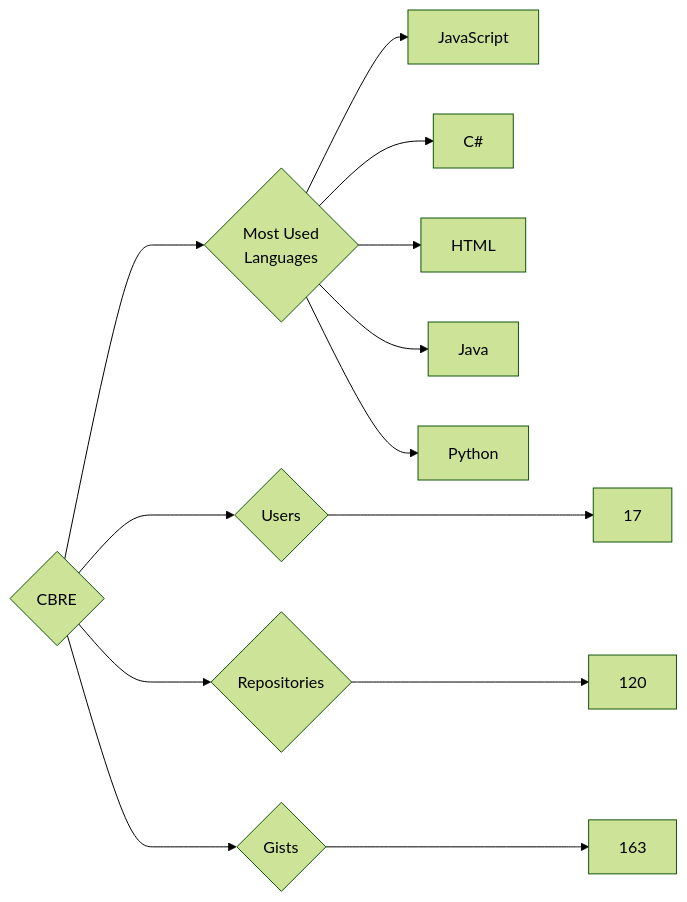
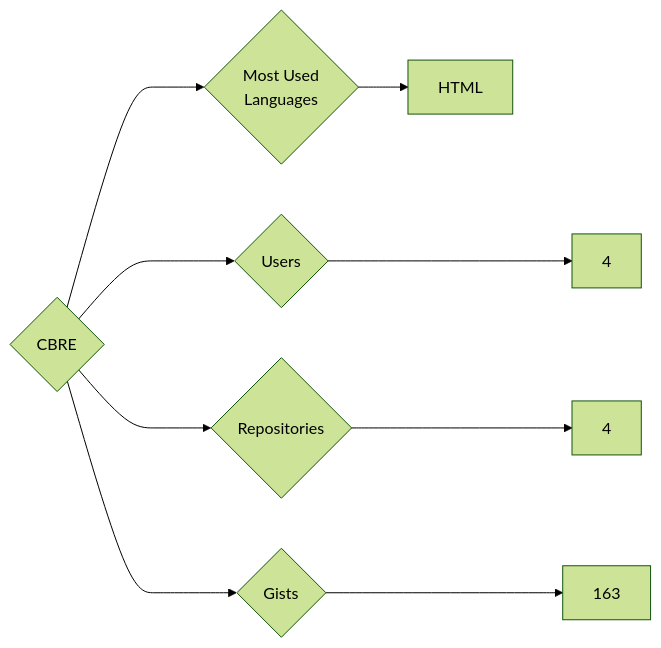
Before and after one commit to trickest/insiders: the diagram in targets/CBRE/README.md, drawn with Mermaid (forest theme). The commit also changed 823 other files, not shown here.

````diff
--- a/targets/CBRE/README.md
+++ b/targets/CBRE/README.md
@@ -3,13 +3,9 @@
 ```mermaid
 graph LR
 COMPANY_NAME{CBRE}
-COMPANY_NAME ---> U{Users} ---> UN[17]
-COMPANY_NAME ---> R{Repositories} ---> RN[120]
+COMPANY_NAME ---> U{Users} ---> UN[4]
+COMPANY_NAME ---> R{Repositories} ---> RN[4]
 COMPANY_NAME ---> G{Gists} ---> GN[163]
 COMPANY_NAME ---> ML{Most Used<br>Languages}
-ML --> JavaScript[JavaScript]
-ML --> C#[C#]
 ML --> HTML[HTML]
-ML --> Java[Java]
-ML --> Python[Python]
 ```
````
